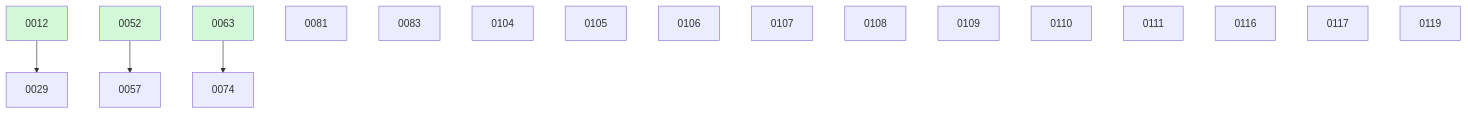
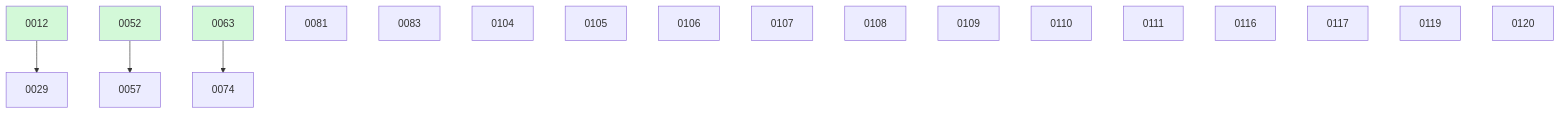
One commit to ethanhinson/fuse changed the diagram in docs/changes/BOARD.md. Above: the diagram before and after it, drawn with Mermaid. The commit also changed other lines of this file and 1 other file, not shown here.

````diff
--- a/docs/changes/BOARD.md
+++ b/docs/changes/BOARD.md
@@ -41,23 +42,24 @@
 ```mermaid
 graph TD
   0012 --> 0029
   0052 --> 0057
   0063 --> 0074
   0081
   0083
   0104
   0105
   0106
   0107
   0108
   0109
   0110
   0111
   0116
   0117
   0119
+  0120
   0012:::done
   0052:::done
   0063:::done
   classDef done fill:#d3f9d8;
 ```
````
